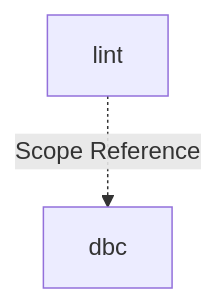
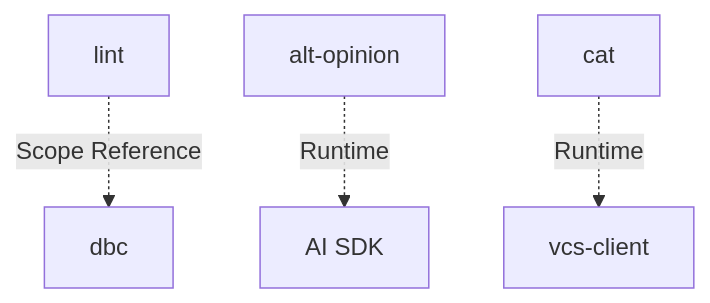
Before and after one commit to RubaXa/gennady: the diagram in specs/cli/cli.spec.md, drawn with Mermaid. The commit also changed other lines of this file and 104 other files, not shown here.

First line of the commit message:
feat: alt-opinion cmd, cat URL handling, lint language check, VCS GitHub client + repository files

````diff
--- a/specs/cli/cli.spec.md
+++ b/specs/cli/cli.spec.md
@@ -201,4 +413,6 @@
 ```mermaid
 graph TD
     lint -. Scope Reference .-> dbc
+    alt-opinion -. Runtime .-> ai-sdk[AI SDK]
+    cat -. Runtime .-> vcs[vcs-client]
 ```
````
